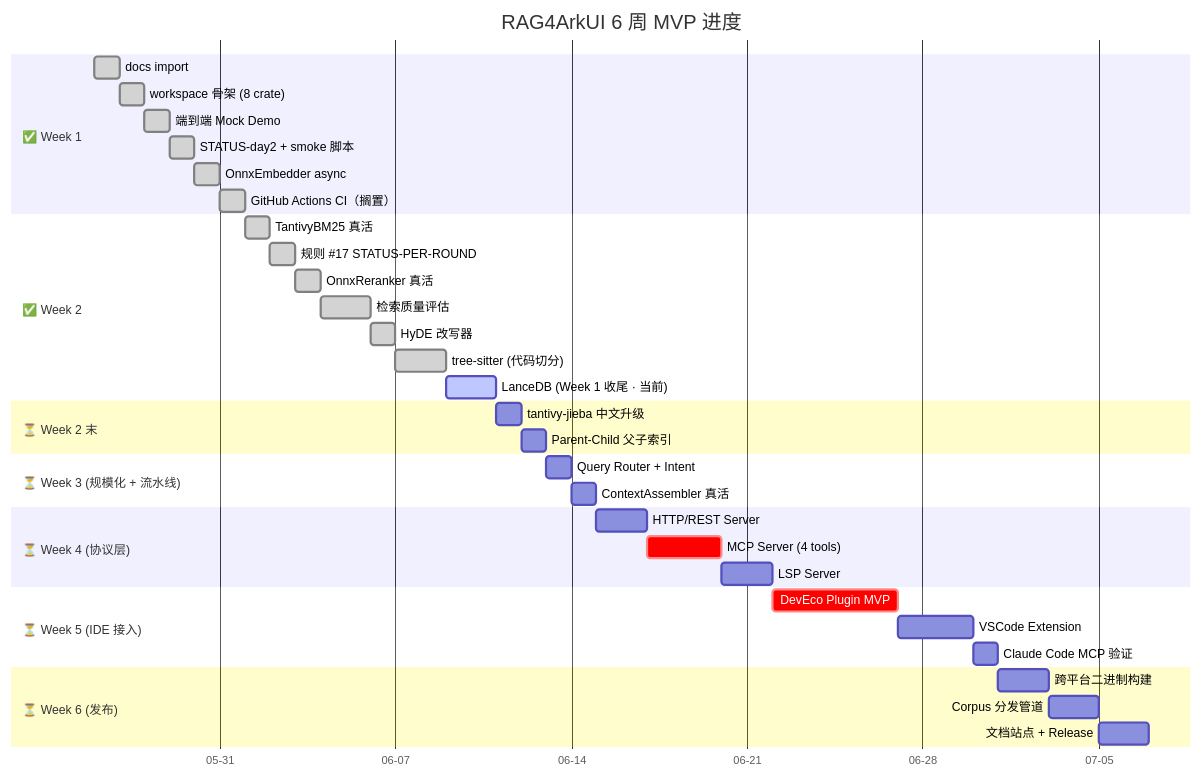
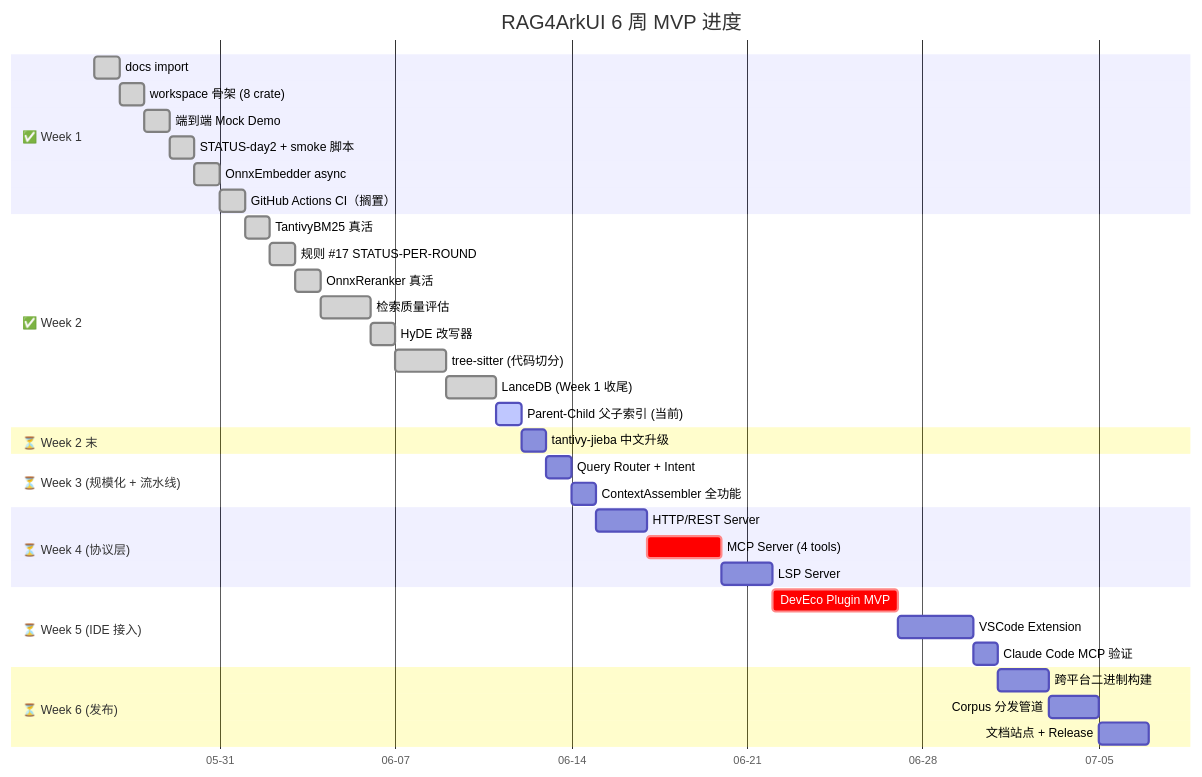
One commit to LeoG1022/RAG4ArkUI changed the diagram in docs/ROADMAP.md. Above: the diagram before and after it, drawn with Mermaid. The commit also changed other lines of this file and 10 other files, not shown here.

First line of the commit message:
feat(chunker,retrieval,cli): Parent-Child indexing standard (Day 11)

````diff
--- a/docs/ROADMAP.md
+++ b/docs/ROADMAP.md
@@ -22,46 +22,46 @@
 ```mermaid
 gantt
     title RAG4ArkUI 6 周 MVP 进度
     dateFormat YYYY-MM-DD
     axisFormat %m-%d
 
     section ✅ Week 1
     docs import                    :done,    d0, 2026-05-26, 1d
     workspace 骨架 (8 crate)         :done,    d1, after d0, 1d
     端到端 Mock Demo                 :done,    d2, after d1, 1d
     STATUS-day2 + smoke 脚本         :done,    d25, after d2, 1d
     OnnxEmbedder async              :done,    d3, after d25, 1d
     GitHub Actions CI（搁置）       :done,    d35, after d3, 1d
 
     section ✅ Week 2
     TantivyBM25 真活                 :done,    d4, after d35, 1d
     规则 #17 STATUS-PER-ROUND       :done,    bsr, after d4, 1d
     OnnxReranker 真活                :done,    d5, after bsr, 1d
     检索质量评估                     :done,    d6, after d5, 2d
     HyDE 改写器                      :done,    d7, after d6, 1d
     tree-sitter (代码切分)           :done,    d10, after d7, 2d
-    LanceDB (Week 1 收尾 · 当前)     :active,  d9, after d10, 2d
+    LanceDB (Week 1 收尾)            :done,    d9, after d10, 2d
+    Parent-Child 父子索引 (当前)     :active,  d11, after d9, 1d
 
     section ⏳ Week 2 末
-    tantivy-jieba 中文升级           :         d8, after d9, 1d
-    Parent-Child 父子索引            :         d11, after d8, 1d
+    tantivy-jieba 中文升级           :         d8, after d11, 1d
 
     section ⏳ Week 3 (规模化 + 流水线)
-    Query Router + Intent           :         d12, after d11, 1d
-    ContextAssembler 真活            :         d13, after d12, 1d
+    Query Router + Intent           :         d12, after d8, 1d
+    ContextAssembler 全功能          :         d13, after d12, 1d
 
     section ⏳ Week 4 (协议层)
     HTTP/REST Server                :         d14, after d13, 2d
     MCP Server (4 tools)            :crit,    d15, after d14, 3d
     LSP Server                      :         d16, after d15, 2d
 
     section ⏳ Week 5 (IDE 接入)
     DevEco Plugin MVP               :crit,    d17, after d16, 5d
     VSCode Extension                :         d18, after d17, 3d
     Claude Code MCP 验证            :         d19, after d18, 1d
 
     section ⏳ Week 6 (发布)
     跨平台二进制构建                  :         d20, after d19, 2d
     Corpus 分发管道                 :         d21, after d20, 2d
     文档站点 + Release              :         d22, after d21, 2d
 ```
````
